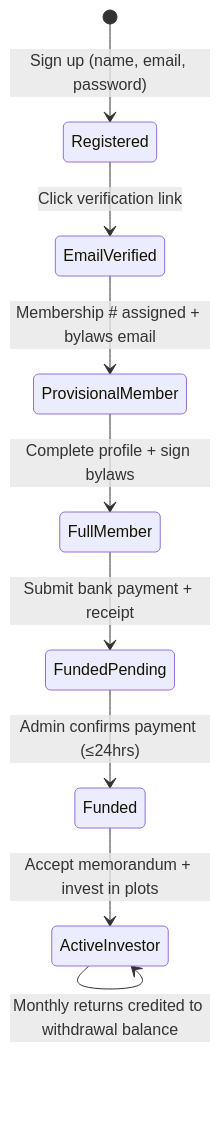
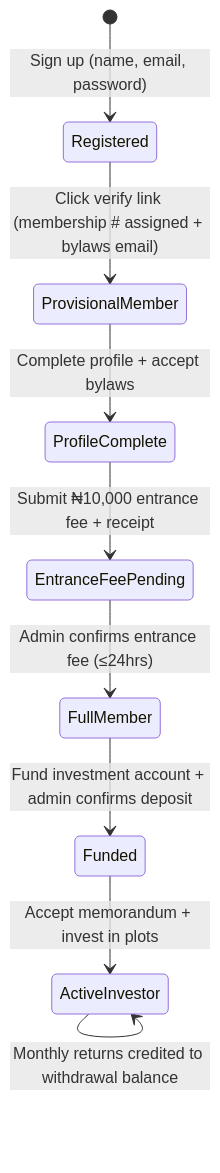
One commit to gtextsoft/GTextFarmsCorporate- changed the first of 2 diagrams in docs/COOPERATIVE_FLOW_PLAN.md. Above: the diagram before and after it, drawn with Mermaid. The commit also changed other lines of this file and 47 other files, not shown here.

````diff
--- a/docs/COOPERATIVE_FLOW_PLAN.md
+++ b/docs/COOPERATIVE_FLOW_PLAN.md
@@ -30,11 +34,11 @@
 ```mermaid
 stateDiagram-v2
     [*] --> Registered: Sign up (name, email, password)
-    Registered --> EmailVerified: Click verification link
-    EmailVerified --> ProvisionalMember: Membership # assigned + bylaws email
-    ProvisionalMember --> FullMember: Complete profile + sign bylaws
-    FullMember --> FundedPending: Submit bank payment + receipt
-    FundedPending --> Funded: Admin confirms payment (≤24hrs)
+    Registered --> ProvisionalMember: Click verify link (membership # assigned + bylaws email)
+    ProvisionalMember --> ProfileComplete: Complete profile + accept bylaws
+    ProfileComplete --> EntranceFeePending: Submit ₦10,000 entrance fee + receipt
+    EntranceFeePending --> FullMember: Admin confirms entrance fee (≤24hrs)
+    FullMember --> Funded: Fund investment account + admin confirms deposit
     Funded --> ActiveInvestor: Accept memorandum + invest in plots
     ActiveInvestor --> ActiveInvestor: Monthly returns credited to withdrawal balance
 ```
````
